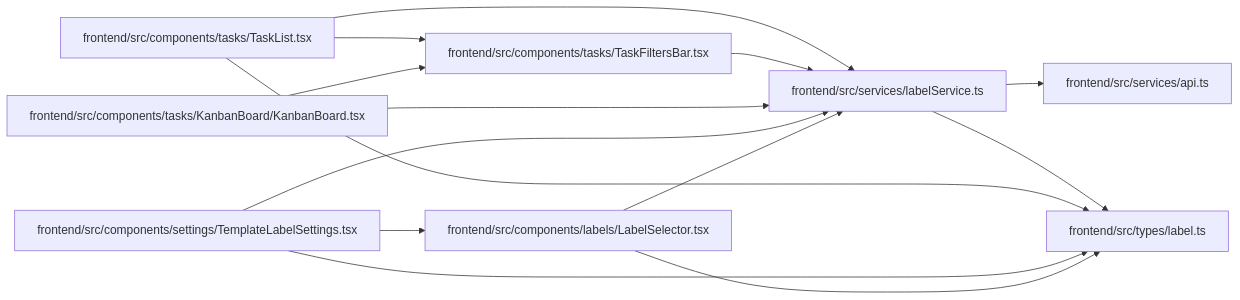
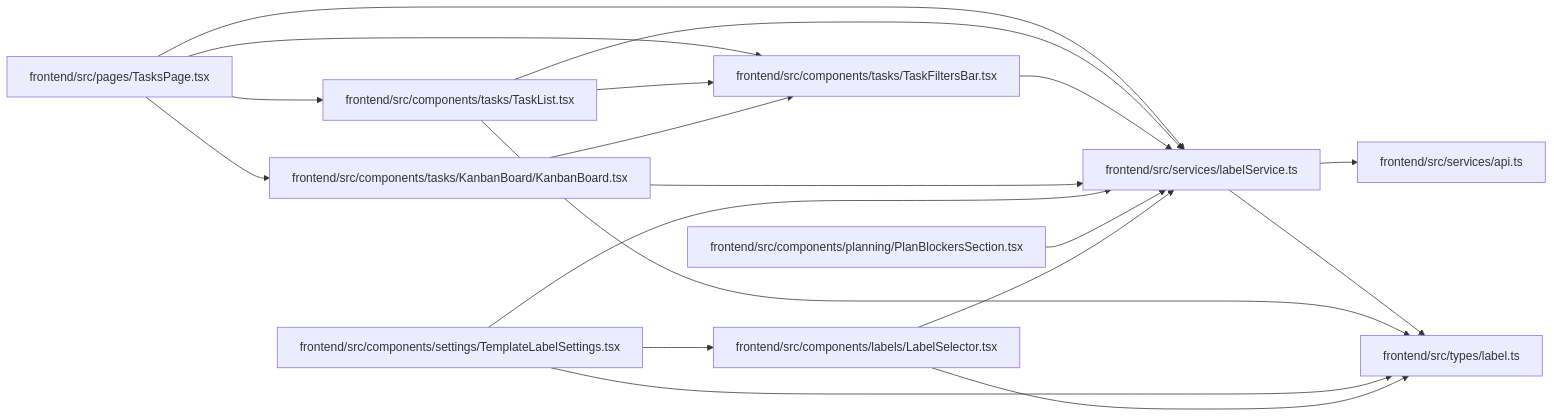
One commit to Denissvgn/WorkChord changed the diagram in docs/llm_wiki/modules/labelService.md. Above: the diagram before and after it, drawn with Mermaid. The commit also changed other lines of this file and 2373 other files, not shown here.

````diff
--- a/docs/llm_wiki/modules/labelService.md
+++ b/docs/llm_wiki/modules/labelService.md
@@ -28,32 +28,41 @@
 ```mermaid
 flowchart LR
     n0["frontend/src/components/labels/LabelSelector.tsx"]
-    n1["frontend/src/components/settings/TemplateLabelSettings.tsx"]
-    n2["frontend/src/components/tasks/KanbanBoard/KanbanBoard.tsx"]
-    n3["frontend/src/components/tasks/TaskFiltersBar.tsx"]
-    n4["frontend/src/components/tasks/TaskList.tsx"]
-    n5["frontend/src/services/api.ts"]
-    n6["frontend/src/services/labelService.ts"]
-    n7["frontend/src/types/label.ts"]
-    n0 --> n6
-    n0 --> n7
-    n1 --> n0
-    n1 --> n6
-    n1 --> n7
-    n2 --> n3
-    n2 --> n6
-    n3 --> n6
-    n4 --> n3
-    n4 --> n6
-    n4 --> n7
+    n1["frontend/src/components/planning/PlanBlockersSection.tsx"]
+    n2["frontend/src/components/settings/TemplateLabelSettings.tsx"]
+    n3["frontend/src/components/tasks/KanbanBoard/KanbanBoard.tsx"]
+    n4["frontend/src/components/tasks/TaskFiltersBar.tsx"]
+    n5["frontend/src/components/tasks/TaskList.tsx"]
+    n6["frontend/src/pages/TasksPage.tsx"]
+    n7["frontend/src/services/api.ts"]
+    n8["frontend/src/services/labelService.ts"]
+    n9["frontend/src/types/label.ts"]
+    n0 --> n8
+    n0 --> n9
+    n1 --> n8
+    n2 --> n0
+    n2 --> n8
+    n2 --> n9
+    n3 --> n4
+    n3 --> n8
+    n4 --> n8
+    n5 --> n4
+    n5 --> n8
+    n5 --> n9
+    n6 --> n3
+    n6 --> n4
     n6 --> n5
-    n6 --> n7
+    n6 --> n8
+    n8 --> n7
+    n8 --> n9
     click n0 "../modules/LabelSelector.md"
-    click n1 "../modules/TemplateLabelSettings.md"
-    click n2 "../modules/KanbanBoard.md"
-    click n3 "../modules/TaskFiltersBar.md"
-    click n4 "../modules/TaskList.md"
-    click n5 "../modules/api.md"
-    click n6 "../modules/labelService.md"
-    click n7 "../modules/types_label.md"
+    click n1 "../modules/PlanBlockersSection.md"
+    click n2 "../modules/TemplateLabelSettings.md"
+    click n3 "../modules/KanbanBoard.md"
+    click n4 "../modules/TaskFiltersBar.md"
+    click n5 "../modules/TaskList.md"
+    click n6 "../modules/TasksPage.md"
+    click n7 "../modules/api.md"
+    click n8 "../modules/labelService.md"
+    click n9 "../modules/types_label.md"
 ```
````
